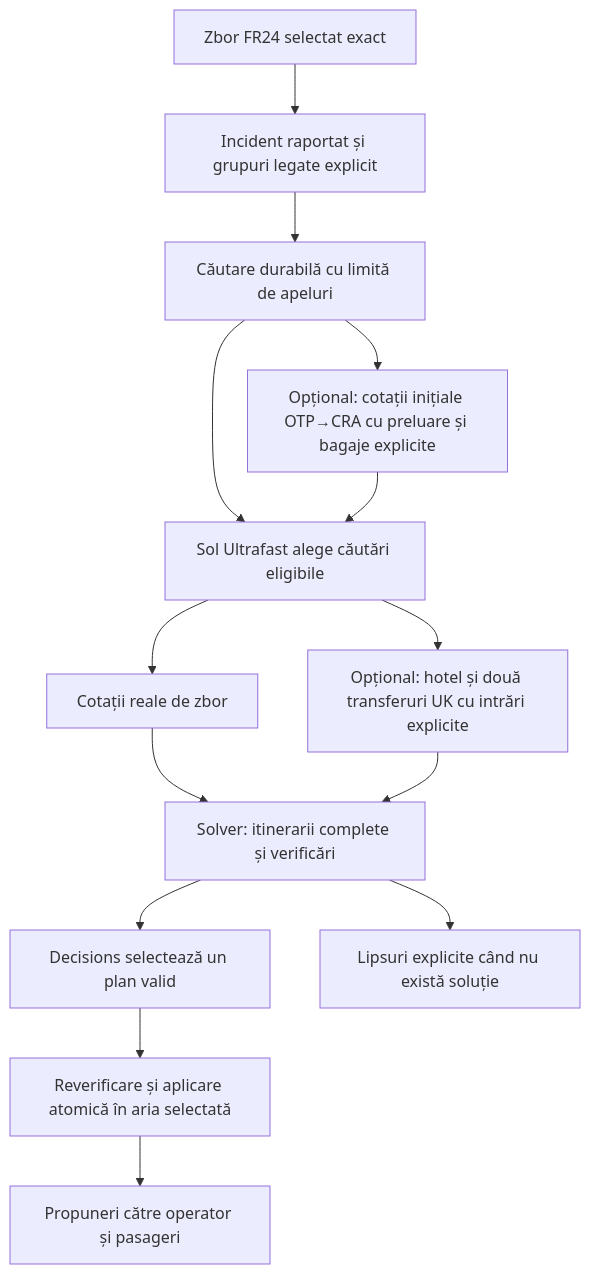
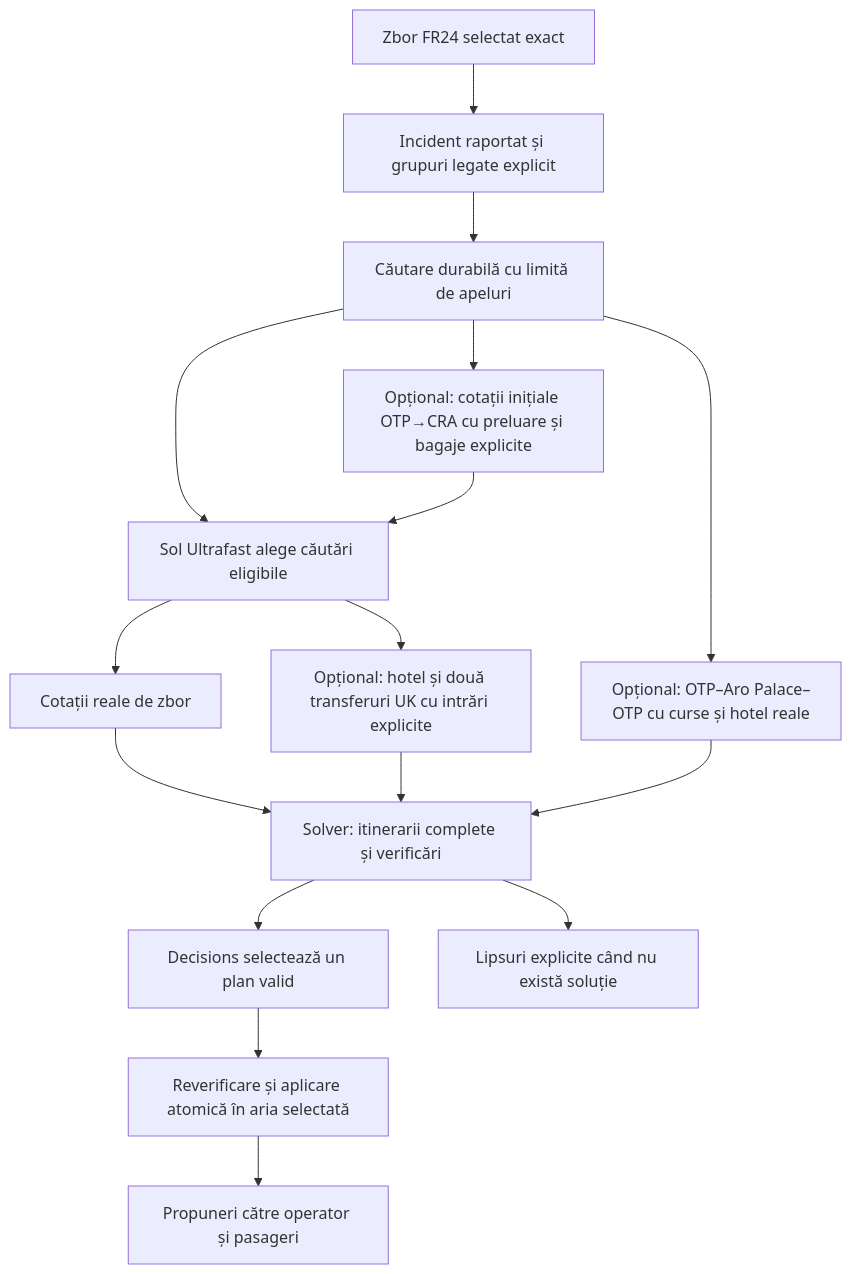
One commit to ape-x/craiova_hackathon_2026 changed the diagram in docs/product-spec.md. Above: the diagram before and after it, drawn with Mermaid. The commit also changed other lines of this file and 51 other files, not shown here.

````diff
--- a/docs/product-spec.md
+++ b/docs/product-spec.md
@@ -85,16 +85,18 @@
 ```mermaid
 flowchart TD
     F[Zbor FR24 selectat exact] --> I[Incident raportat și grupuri legate explicit]
     I --> J[Căutare durabilă cu limită de apeluri]
     J --> S[Sol Ultrafast alege căutări eligibile]
     J --> B[Opțional: cotații inițiale OTP→CRA cu preluare și bagaje explicite]
     B --> S
     S --> Q[Cotații reale de zbor]
     Q --> V[Solver: itinerarii complete și verificări]
     S --> H[Opțional: hotel și două transferuri UK cu intrări explicite]
     H --> V
+    J --> R[Opțional: OTP–Aro Palace–OTP cu curse și hotel reale]
+    R --> V
     V --> D[Decisions selectează un plan valid]
     D --> C[Reverificare și aplicare atomică în aria selectată]
     C --> P[Propuneri către operator și pasageri]
     V --> G[Lipsuri explicite când nu există soluție]
 ```
````
